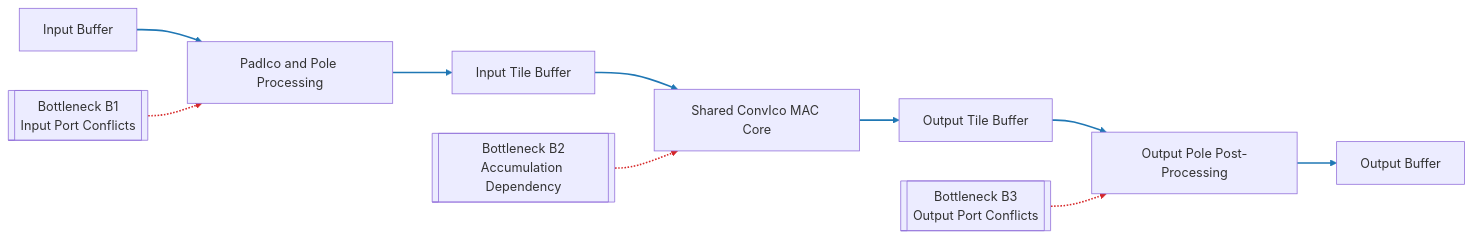
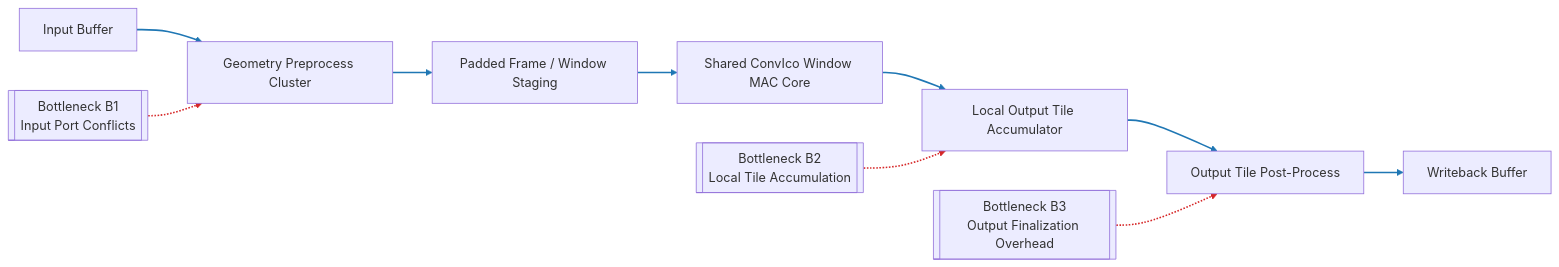
Before and after one commit to Iamcmm11/icocnn: the third of 3 diagrams in hls_src/layer2-5硬件优化与策略跟踪.md, drawn with Mermaid. The commit also changed other lines of this file and 3 other files, not shown here.

````diff
--- a/hls_src/layer2-5硬件优化与策略跟踪.md
+++ b/hls_src/layer2-5硬件优化与策略跟踪.md
@@ -737,16 +850,16 @@
 ```mermaid
 flowchart LR
-    A[Input Buffer] --> B[PadIco and Pole Processing]
-    B --> C[Input Tile Buffer]
-    C --> D[Shared ConvIco MAC Core]
-    D --> E[Output Tile Buffer]
-    E --> F[Output Pole Post-Processing]
-    F --> G[Output Buffer]
+    A[Input Buffer] --> B[Geometry Preprocess Cluster]
+    B --> C[Padded Frame / Window Staging]
+    C --> D[Shared ConvIco Window MAC Core]
+    D --> E[Local Output Tile Accumulator]
+    E --> F[Output Tile Post-Process]
+    F --> G[Writeback Buffer]
 
     X1[[Bottleneck B1\nInput Port Conflicts]] -.-> B
-    X2[[Bottleneck B2\nAccumulation Dependency]] -.-> D
-    X3[[Bottleneck B3\nOutput Port Conflicts]] -.-> F
+    X2[[Bottleneck B2\nLocal Tile Accumulation]] -.-> E
+    X3[[Bottleneck B3\nOutput Finalization Overhead]] -.-> F
 
     linkStyle 0,1,2,3,4,5 stroke:#1f77b4,stroke-width:2px;
     linkStyle 6,7,8 stroke:#d62728,stroke-width:2px;
 ```
````
